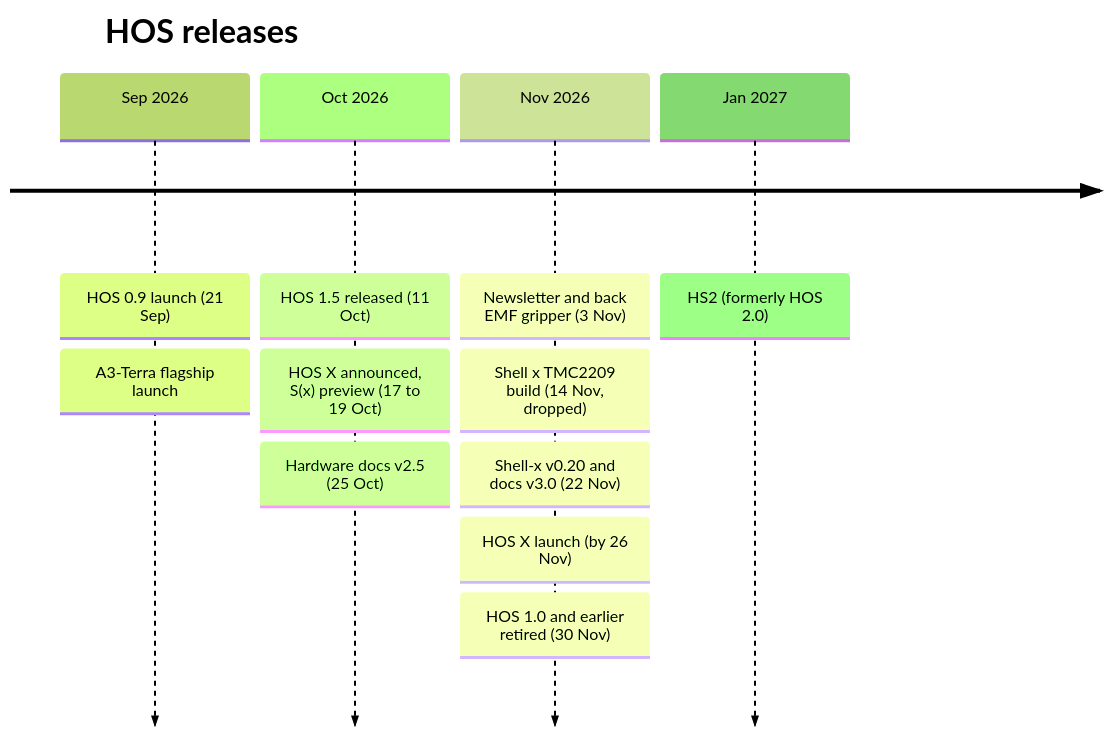
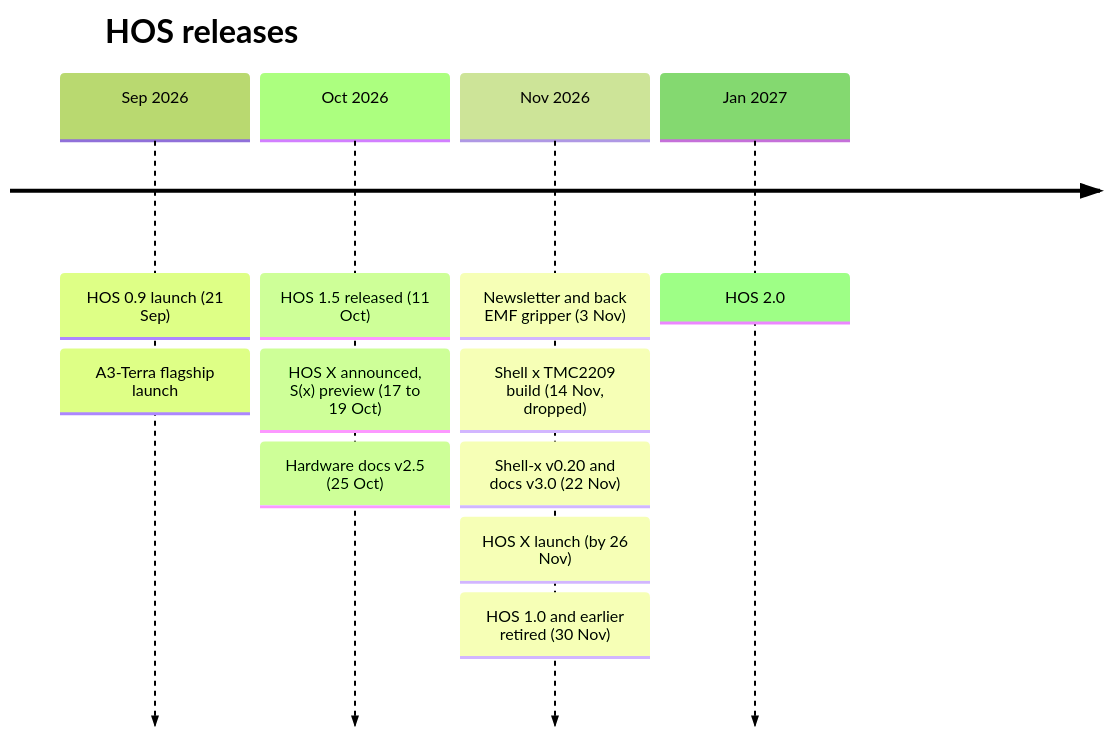
The first of 3 diagrams in README.md (Aarav-111/Humanoid-Operating-System), drawn with Mermaid (forest theme) before and after one commit. The commit also changed other lines of this file, not shown here.

First line of the commit message:
README: new banner, HOS 2.0 naming, updated image text

````diff
--- a/README.md
+++ b/README.md
@@ -42,15 +42,15 @@
 ```mermaid
 timeline
     title HOS releases
     Sep 2026 : HOS 0.9 launch (21 Sep)
              : A3-Terra flagship launch
     Oct 2026 : HOS 1.5 released (11 Oct)
              : HOS X announced, S(x) preview (17 to 19 Oct)
              : Hardware docs v2.5 (25 Oct)
     Nov 2026 : Newsletter and back EMF gripper (3 Nov)
              : Shell x TMC2209 build (14 Nov, dropped)
              : Shell-x v0.20 and docs v3.0 (22 Nov)
              : HOS X launch (by 26 Nov)
              : HOS 1.0 and earlier retired (30 Nov)
-    Jan 2027 : HS2 (formerly HOS 2.0)
+    Jan 2027 : HOS 2.0
 ```
````
